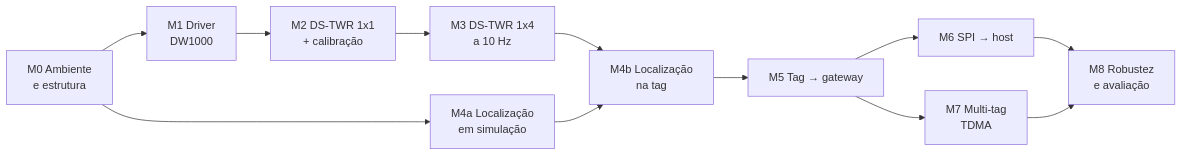
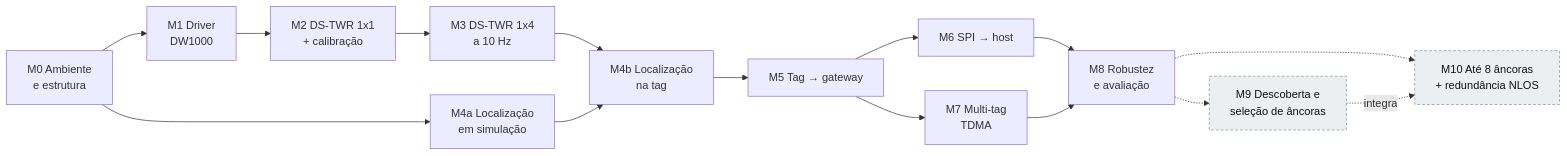
Before and after one commit to MauroTony/dwm1001-rtls-fw: the second of 2 diagrams in docs/01-planejamento.md, drawn with Mermaid. The commit also changed other lines of this file and 3 other files, not shown here.

````diff
--- a/docs/01-planejamento.md
+++ b/docs/01-planejamento.md
@@ -130,14 +133,18 @@
 ```mermaid
 flowchart LR
     M0[M0 Ambiente<br/>e estrutura] --> M1[M1 Driver<br/>DW1000]
     M1 --> M2[M2 DS-TWR 1x1<br/>+ calibração]
     M2 --> M3[M3 DS-TWR 1x4<br/>a 10 Hz]
     M0 --> M4s[M4a Localização<br/>em simulação]
     M3 --> M4[M4b Localização<br/>na tag]
     M4s --> M4
     M4 --> M5[M5 Tag → gateway]
     M5 --> M6[M6 SPI → host]
     M5 --> M7[M7 Multi-tag<br/>TDMA]
     M6 --> M8[M8 Robustez<br/>e avaliação]
     M7 --> M8
+    M8 -.-> M9[M9 Descoberta e<br/>seleção de âncoras]:::opt
+    M8 -.-> M10[M10 Até 8 âncoras<br/>+ redundância NLOS]:::opt
+    M9 -. integra .-> M10
+    classDef opt fill:#eceff1,stroke:#78909c,color:#111,stroke-dasharray:4 3
 ```
````
